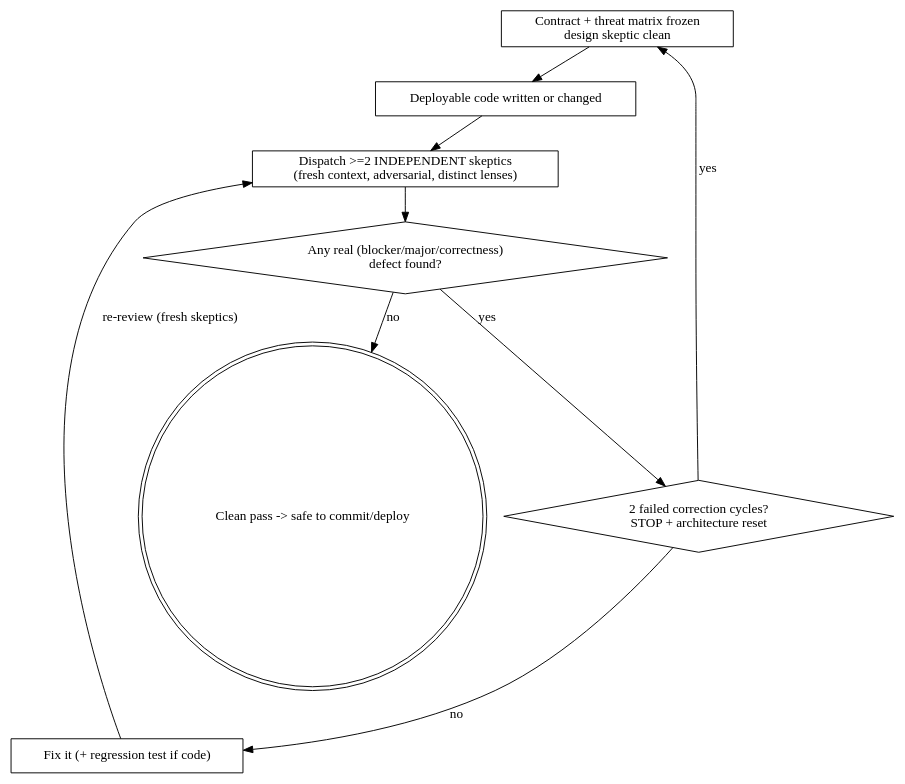
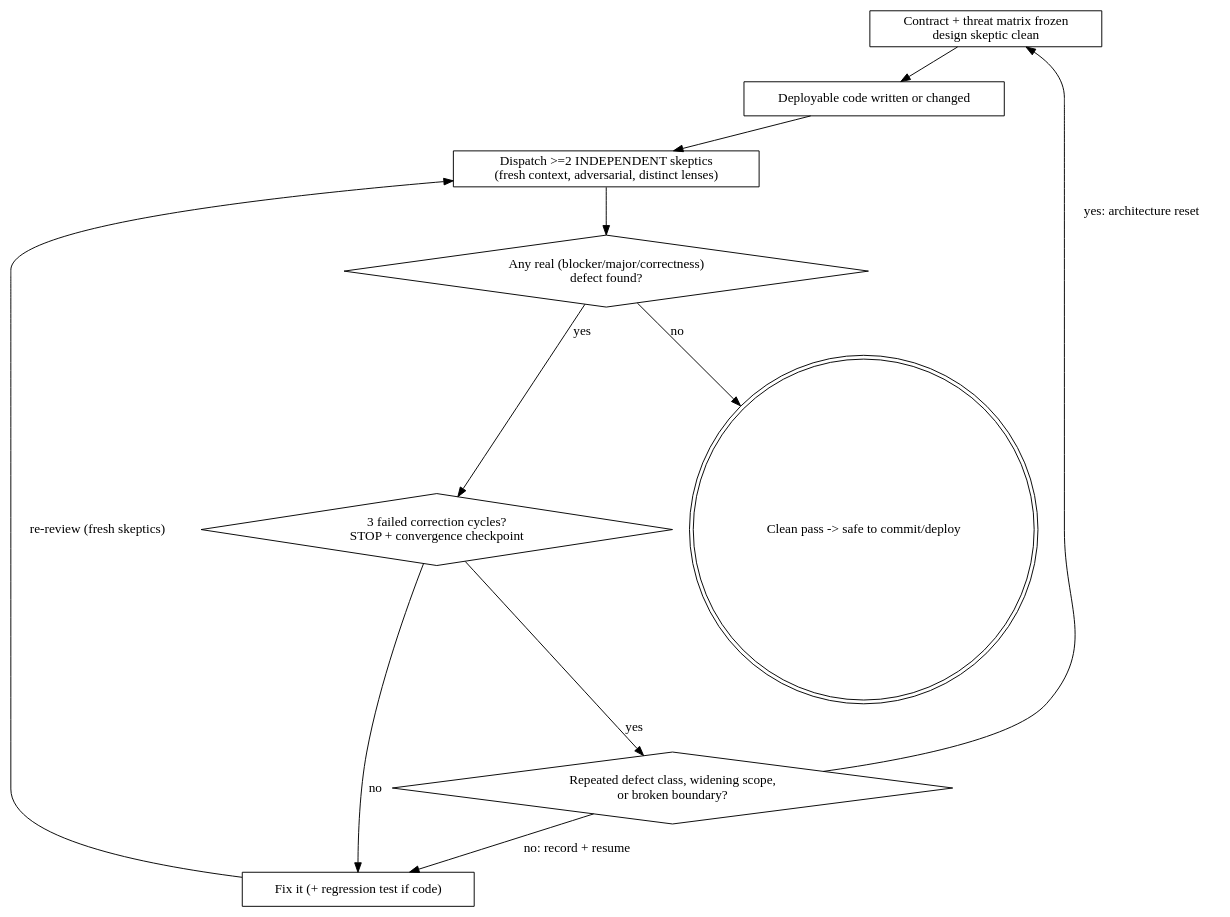
Before and after one commit to gdrusse/dskit: the diagram in docs/skills/skeptic-review.md, drawn with Graphviz. The commit also changed other lines of this file and 7 other files, not shown here.

````diff
--- a/docs/skills/skeptic-review.md
+++ b/docs/skills/skeptic-review.md
@@ -67,20 +67,23 @@
 ```dot
 digraph skeptic_loop {
     matrix   [label="Contract + threat matrix frozen\ndesign skeptic clean", shape=box];
     written  [label="Deployable code written or changed", shape=box];
     dispatch [label="Dispatch >=2 INDEPENDENT skeptics\n(fresh context, adversarial, distinct lenses)", shape=box];
     found    [label="Any real (blocker/major/correctness)\ndefect found?", shape=diamond];
     fix      [label="Fix it (+ regression test if code)", shape=box];
-    reset    [label="2 failed correction cycles?\nSTOP + architecture reset", shape=diamond];
+    checkpoint [label="3 failed correction cycles?\nSTOP + convergence checkpoint", shape=diamond];
+    systemic [label="Repeated defect class, widening scope,\nor broken boundary?", shape=diamond];
     done     [label="Clean pass -> safe to commit/deploy", shape=doublecircle];
 
     matrix -> written;
     written -> dispatch;
     dispatch -> found;
-    found -> reset [label="yes"];
-    reset -> fix [label="no"];
-    reset -> matrix [label="yes"];
+    found -> checkpoint [label="yes"];
+    checkpoint -> fix [label="no"];
+    checkpoint -> systemic [label="yes"];
+    systemic -> matrix [label="yes: architecture reset"];
+    systemic -> fix [label="no: record + resume"];
     fix -> dispatch [label="re-review (fresh skeptics)"];
     found -> done [label="no"];
 }
 ```
````
